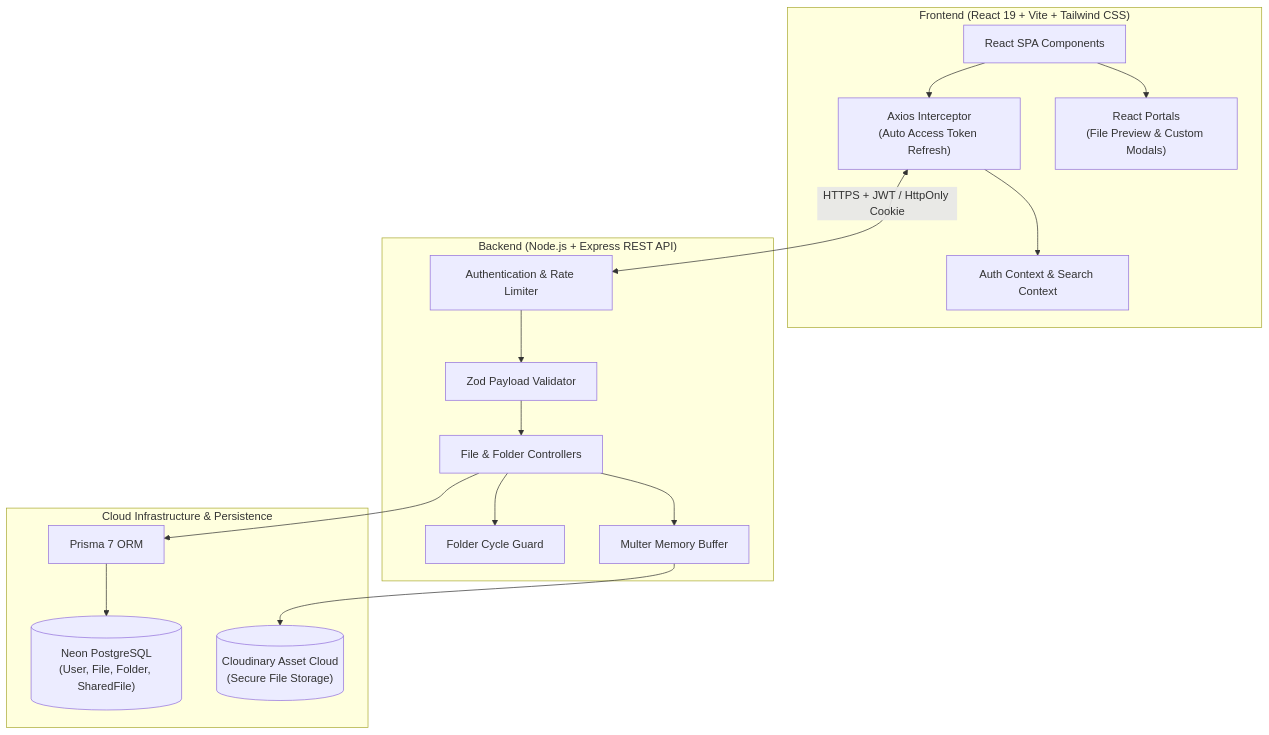
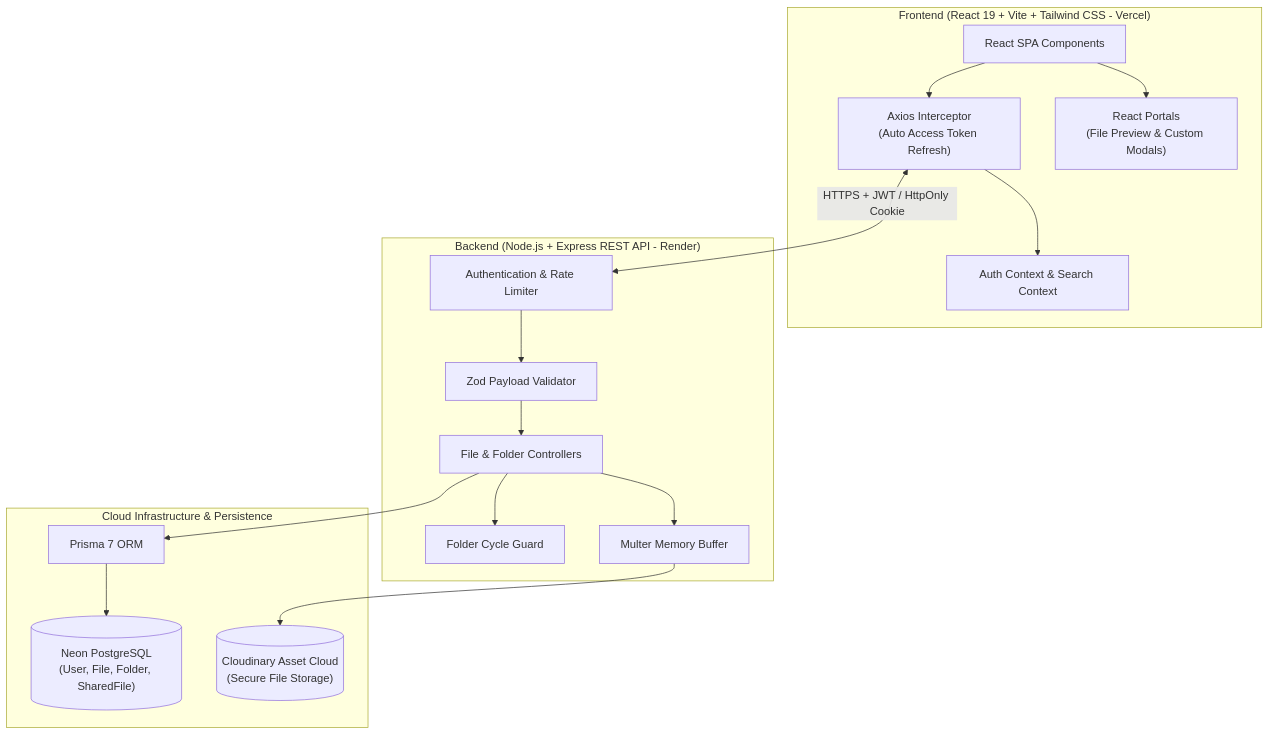
One commit to SahilSameer18/vaultDrive changed the diagram in README.md. Above: the diagram before and after it, drawn with Mermaid. The commit also changed other lines of this file and 6 other files, not shown here.

````diff
--- a/README.md
+++ b/README.md
@@ -22,37 +24,37 @@
 ```mermaid
 flowchart TD
-    subgraph Client ["Frontend (React 19 + Vite + Tailwind CSS)"]
+    subgraph Client ["Frontend (React 19 + Vite + Tailwind CSS - Vercel)"]
         UI["React SPA Components"]
         AXIOS["Axios Interceptor\n(Auto Access Token Refresh)"]
         STORE["Auth Context & Search Context"]
         PORTAL["React Portals\n(File Preview & Custom Modals)"]
         UI --> AXIOS
         AXIOS --> STORE
         UI --> PORTAL
     end
 
-    subgraph Server ["Backend (Node.js + Express REST API)"]
+    subgraph Server ["Backend (Node.js + Express REST API - Render)"]
         AUTH_MW["Authentication & Rate Limiter"]
         VALIDATOR["Zod Payload Validator"]
         CONTROLLER["File & Folder Controllers"]
         CYCLE_GUARD["Folder Cycle Guard"]
         MULTER["Multer Memory Buffer"]
 
         AUTH_MW --> VALIDATOR
         VALIDATOR --> CONTROLLER
         CONTROLLER --> CYCLE_GUARD
         CONTROLLER --> MULTER
     end
 
     subgraph Infrastructure ["Cloud Infrastructure & Persistence"]
         PRISMA["Prisma 7 ORM"]
         NEON[("Neon PostgreSQL\n(User, File, Folder, SharedFile)")]
         CLOUDINARY[("Cloudinary Asset Cloud\n(Secure File Storage)")]
 
         PRISMA --> NEON
         MULTER --> CLOUDINARY
         CONTROLLER --> PRISMA
     end
 
     AXIOS <-->|HTTPS + JWT / HttpOnly Cookie| AUTH_MW
 ```
````
